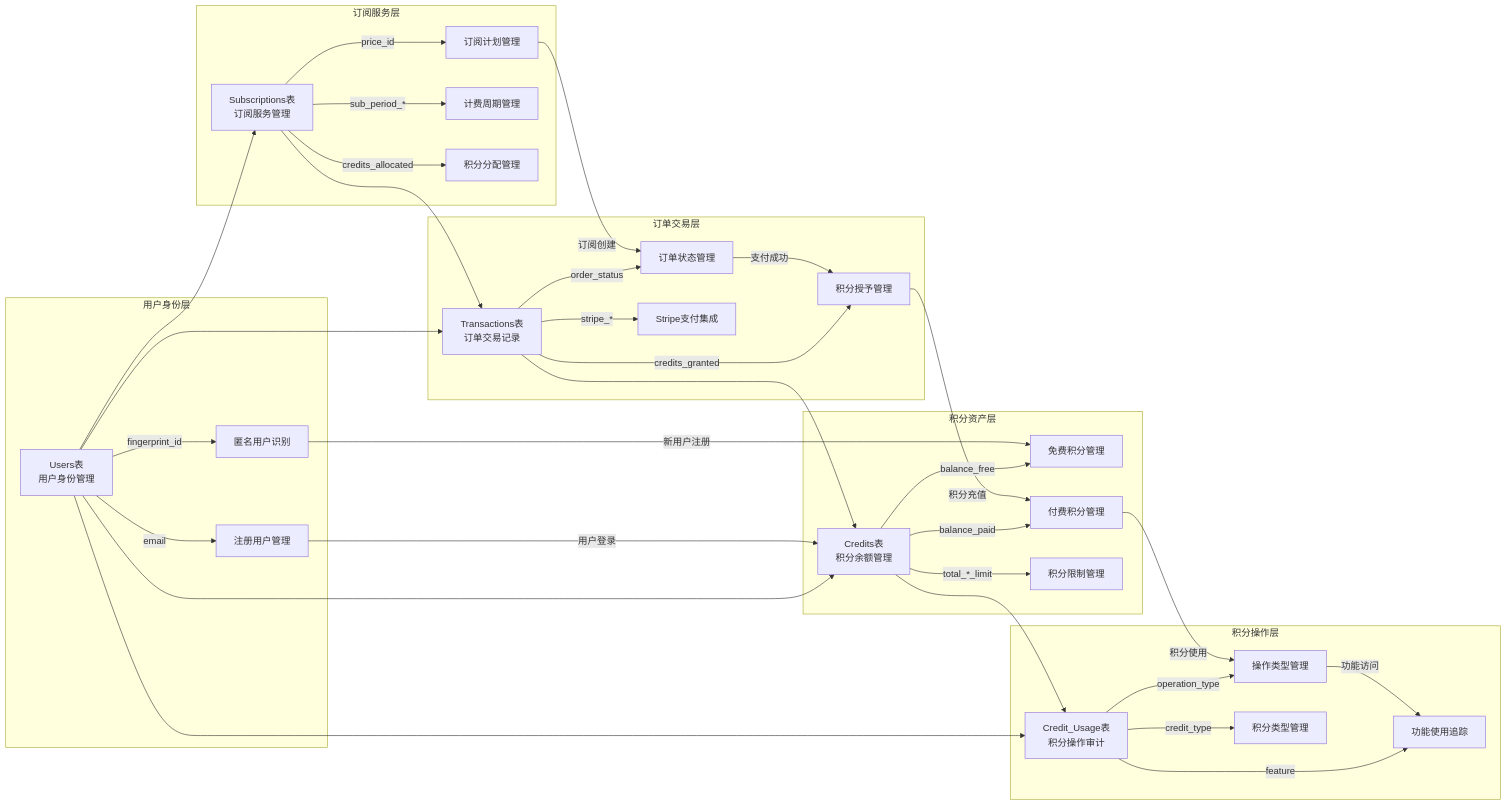
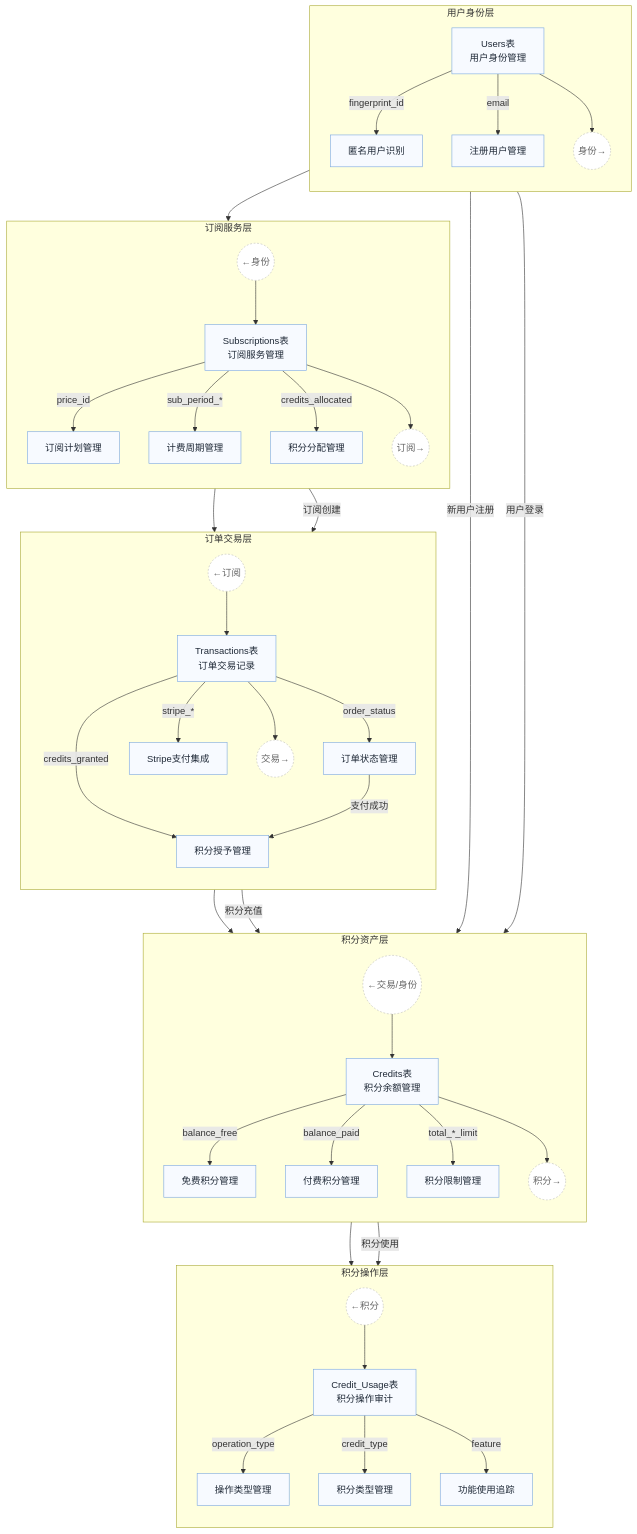
One commit to caofanCPU/diaomao changed the second of 23 diagrams in docs/PaidDesign-v1.0.md. Above: the diagram before and after it, drawn with Mermaid. The commit also changed other lines of this file and 1 other file, not shown here.

First line of the commit message:
feat(docs): update development plan and flowcharts

````diff
--- a/docs/PaidDesign-v1.0.md
+++ b/docs/PaidDesign-v1.0.md
@@ -549,55 +549,95 @@
 ```mermaid
-flowchart LR
-    subgraph "用户身份层"
-        U[Users表<br/>用户身份管理]
-        U --> |fingerprint_id| A[匿名用户识别]
-        U --> |email| R[注册用户管理]
+flowchart TB
+    %% 自上而下布局，使用入口/出口汇聚点，减少跨层直连
+
+    classDef entry fill:#fff,stroke:#bbb,stroke-dasharray:3 3,color:#666;
+    classDef core fill:#f7faff,stroke:#7aa7e0,color:#1f2937;
+
+    %% 用户身份层
+    subgraph L1[用户身份层]
+      direction TB
+      U[Users表<br/>用户身份管理]:::core
+      A[匿名用户识别]:::core
+      R[注册用户管理]:::core
+      U --> |fingerprint_id| A
+      U --> |email| R
+      L1_OUT((身份→)):::entry
+      U --> L1_OUT
     end
-    
-    subgraph "订阅服务层"
-        S[Subscriptions表<br/>订阅服务管理]
-        S --> |price_id| P[订阅计划管理]
-        S --> |sub_period_*| C[计费周期管理]
-        S --> |credits_allocated| I[积分分配管理]
+
+    %% 订阅服务层
+    subgraph L2[订阅服务层]
+      direction TB
+      L2_IN((←身份)):::entry
+      S[Subscriptions表<br/>订阅服务管理]:::core
+      P[订阅计划管理]:::core
+      C[计费周期管理]:::core
+      I[积分分配管理]:::core
+      L2_IN --> S
+      S --> |price_id| P
+      S --> |sub_period_*| C
+      S --> |credits_allocated| I
+      L2_OUT((订阅→)):::entry
+      S --> L2_OUT
     end
-    
-    subgraph "订单交易层"
-        T[Transactions表<br/>订单交易记录]
-        T --> |order_status| OS[订单状态管理]
-        T --> |stripe_*| SP[Stripe支付集成]
-        T --> |credits_granted| CG[积分授予管理]
+
+    %% 订单交易层
+    subgraph L3[订单交易层]
+      direction TB
+      L3_IN((←订阅)):::entry
+      T[Transactions表<br/>订单交易记录]:::core
+      OS[订单状态管理]:::core
+      SP[Stripe支付集成]:::core
+      CG[积分授予管理]:::core
+      L3_IN --> T
+      T --> |order_status| OS
+      T --> |stripe_*| SP
+      T --> |credits_granted| CG
+      L3_OUT((交易→)):::entry
+      T --> L3_OUT
     end
-    
-    subgraph "积分资产层"
-        CR[Credits表<br/>积分余额管理]
-        CR --> |balance_free| F[免费积分管理]
-        CR --> |balance_paid| PD[付费积分管理]
-        CR --> |total_*_limit| L[积分限制管理]
+
+    %% 积分资产层
+    subgraph L4[积分资产层]
+      direction TB
+      L4_IN((←交易/身份)):::entry
+      CR[Credits表<br/>积分余额管理]:::core
+      F[免费积分管理]:::core
+      PD[付费积分管理]:::core
+      L[积分限制管理]:::core
+      L4_IN --> CR
+      CR --> |balance_free| F
+      CR --> |balance_paid| PD
+      CR --> |total_*_limit| L
+      L4_OUT((积分→)):::entry
+      CR --> L4_OUT
     end
-    
-    subgraph "积分操作层"
-        CU[Credit_Usage表<br/>积分操作审计]
-        CU --> |operation_type| OT[操作类型管理]
-        CU --> |credit_type| CT[积分类型管理]
-        CU --> |feature| FE[功能使用追踪]
+
+    %% 积分操作层
+    subgraph L5[积分操作层]
+      direction TB
+      L5_IN((←积分)):::entry
+      CU[Credit_Usage表<br/>积分操作审计]:::core
+      OT[操作类型管理]:::core
+      CT[积分类型管理]:::core
+      FE[功能使用追踪]:::core
+      L5_IN --> CU
+      CU --> |operation_type| OT
+      CU --> |credit_type| CT
+      CU --> |feature| FE
     end
-    
-    %% 数据流转关系
-    U --> S
-    U --> T
-    U --> CR
-    U --> CU
-    
-    S --> T
-    T --> CR
-    CR --> CU
-    
-    %% 业务事件触发
-    A --> |新用户注册| F
-    R --> |用户登录| CR
-    P --> |订阅创建| OS
+
+    %% 层级衔接（仅入口/出口连接，避免交叉）
+    L1_OUT --> L2_IN
+    L2_OUT --> L3_IN
+    L3_OUT --> L4_IN
+    L4_OUT --> L5_IN
+
+    %% 业务事件通过入口路由到目标层，减少跨层线段
+    A --> |新用户注册| L4_IN
+    R --> |用户登录| L4_IN
+    P --> |订阅创建| L3_IN
     OS --> |支付成功| CG
-    CG --> |积分充值| PD
-    PD --> |积分使用| OT
-    OT --> |功能访问| FE
+    CG --> |积分充值| L4_IN
+    PD --> |积分使用| L5_IN
 ```
````
